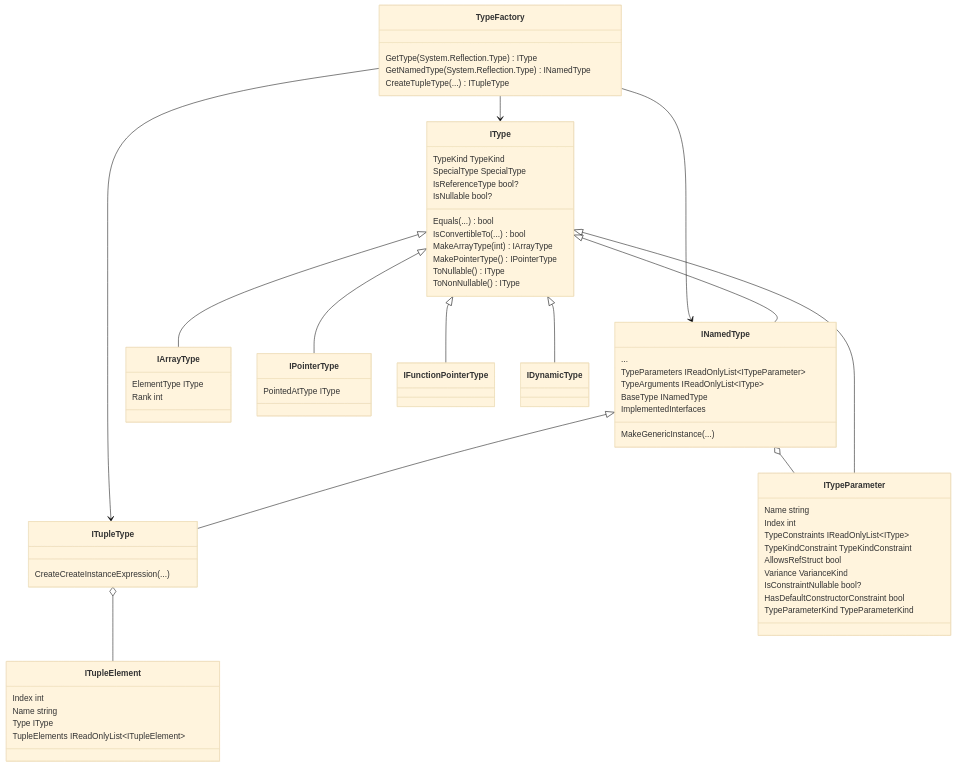
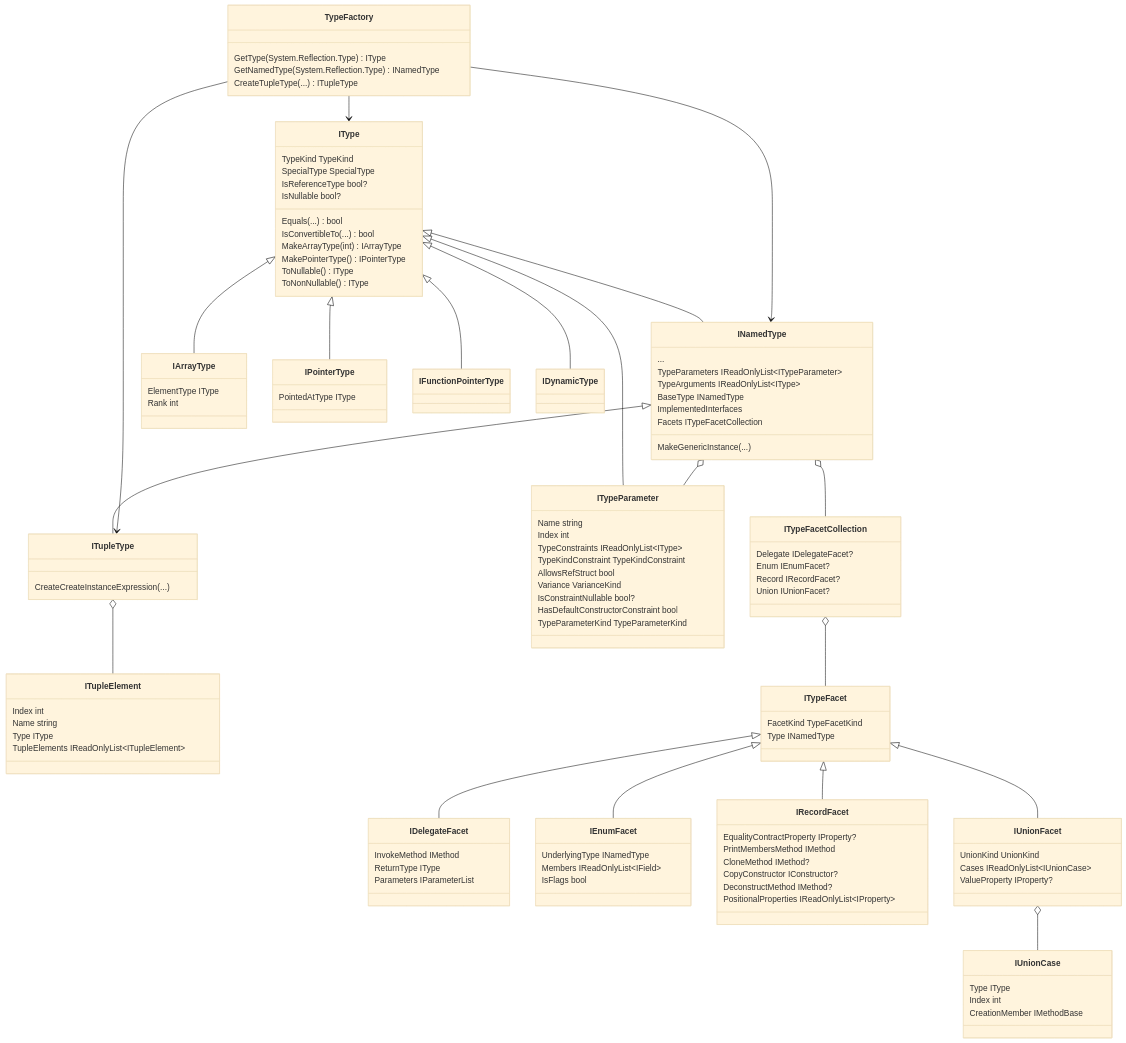
One commit to metalama/Metalama.AI.Skills changed the diagram in plugins/metalama/skills/metalama/content/conceptual/aspects/type-system.md. Above: the diagram before and after it, drawn with Mermaid (base theme). The commit also changed other lines of this file and 2045 other files, not shown here.

```diff
--- a/plugins/metalama/skills/metalama/content/conceptual/aspects/type-system.md
+++ b/plugins/metalama/skills/metalama/content/conceptual/aspects/type-system.md
@@ -45,6 +45,61 @@
           BaseType INamedType
           ImplementedInterfaces
           MakeGenericInstance(...)
+          Facets ITypeFacetCollection
+      }
+
+      INamedType o-- ITypeFacetCollection
+      ITypeFacetCollection o-- ITypeFacet
+      ITypeFacet <|-- IDelegateFacet
+      ITypeFacet <|-- IEnumFacet
+      ITypeFacet <|-- IRecordFacet
+      ITypeFacet <|-- IUnionFacet
+
+      class ITypeFacetCollection {
+          Delegate IDelegateFacet?
+          Enum IEnumFacet?
+          Record IRecordFacet?
+          Union IUnionFacet?
+      }
+
+      class ITypeFacet {
+          FacetKind TypeFacetKind
+          Type INamedType
+      }
+
+      class IDelegateFacet {
+          InvokeMethod IMethod
+          ReturnType IType
+          Parameters IParameterList
+      }
+
+      class IEnumFacet {
+          UnderlyingType INamedType
+          Members IReadOnlyList~IField~
+          IsFlags bool
+      }
+
+      class IRecordFacet {
+          EqualityContractProperty IProperty?
+          PrintMembersMethod IMethod
+          CloneMethod IMethod?
+          CopyConstructor IConstructor?
+          DeconstructMethod IMethod?
+          PositionalProperties IReadOnlyList~IProperty~
+      }
+
+      class IUnionFacet {
+          UnionKind UnionKind
+          Cases IReadOnlyList~IUnionCase~
+          ValueProperty IProperty?
+      }
+
+      IUnionFacet o-- IUnionCase
+
+      class IUnionCase {
+          Type IType
+          Index int
+          CreationMember IMethodBase
       }
 
     class IArrayType {
```
